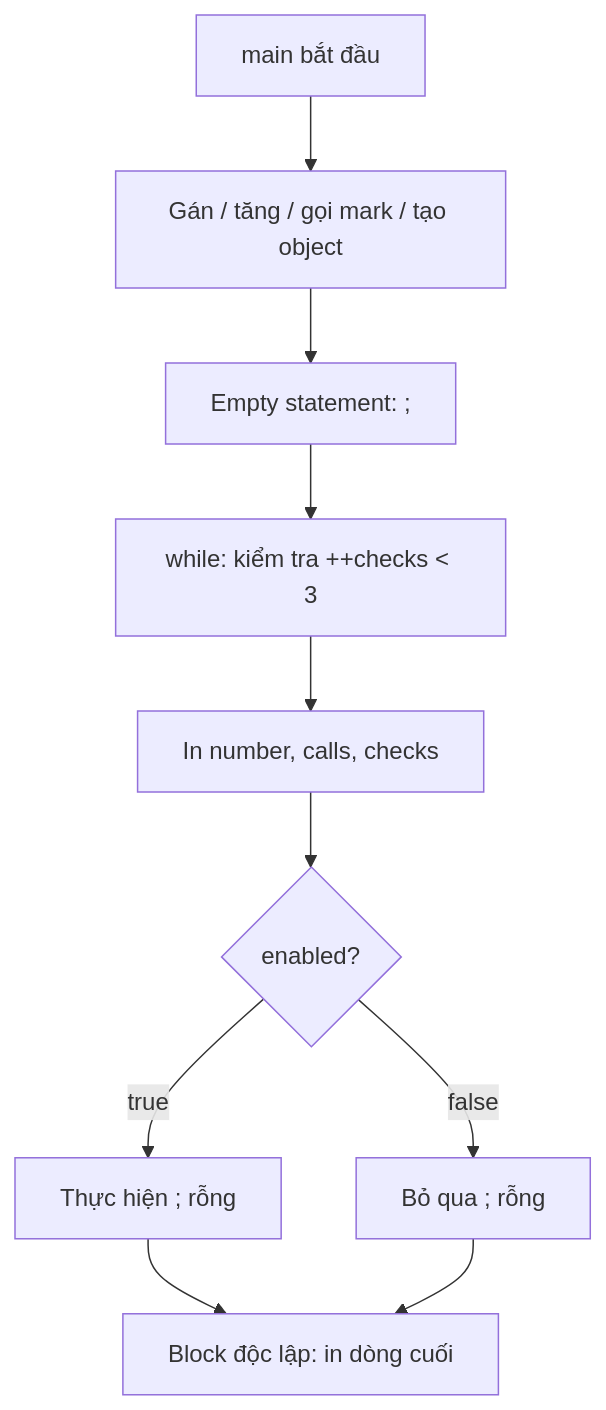
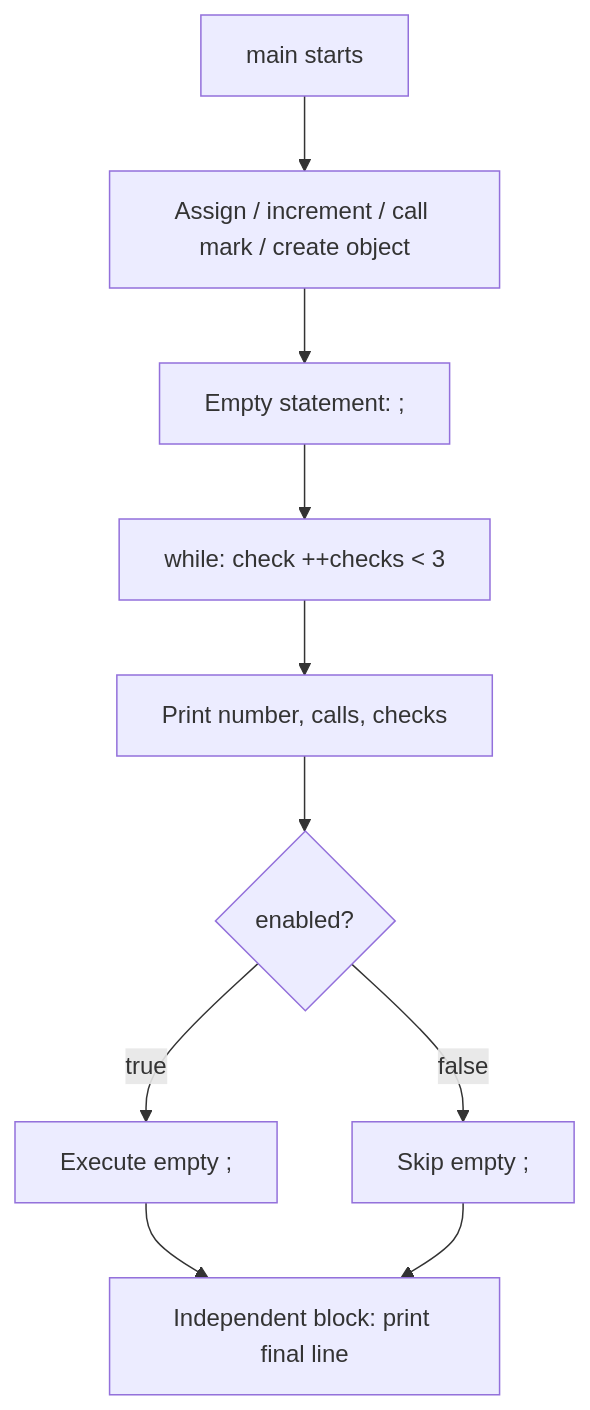
The diagram in module/platform/development/programming/language/java/core/language-basics/content/knowledge/en/3.program-structure/program-structure-006.md (phuongnguyenit93/learning-platform-data), drawn with Mermaid before and after one commit. The commit also changed other lines of this file and 2307 other files, not shown here.

```diff
--- a/module/platform/development/programming/language/java/core/language-basics/content/knowledge/en/3.program-structure/program-structure-006.md
+++ b/module/platform/development/programming/language/java/core/language-basics/content/knowledge/en/3.program-structure/program-structure-006.md
@@ -113,12 +113,12 @@
 ~~~mermaid
 flowchart TD
-    A["main bắt đầu"] --> B["Gán / tăng / gọi mark / tạo object"]
+    A["main starts"] --> B["Assign / increment / call mark / create object"]
     B --> C["Empty statement: ;"]
-    C --> D["while: kiểm tra ++checks < 3"]
-    D --> E["In number, calls, checks"]
+    C --> D["while: check ++checks < 3"]
+    D --> E["Print number, calls, checks"]
     E --> F{"enabled?"}
-    F -->|"true"| G["Thực hiện ; rỗng"]
-    F -->|"false"| H["Bỏ qua ; rỗng"]
-    G --> I["Block độc lập: in dòng cuối"]
+    F -->|"true"| G["Execute empty ;"]
+    F -->|"false"| H["Skip empty ;"]
+    G --> I["Independent block: print final line"]
     H --> I
 ~~~
```
